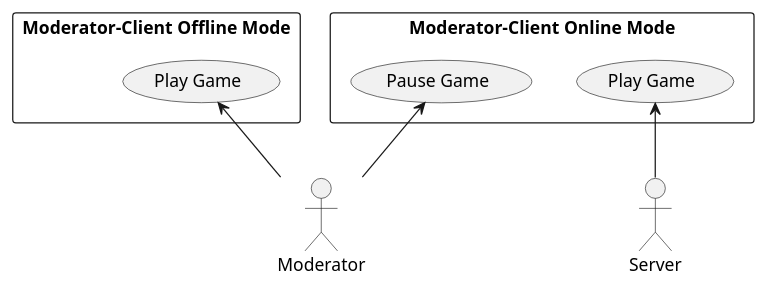
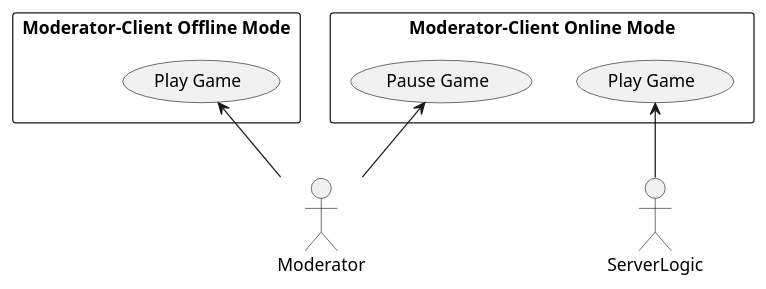
The diagram in Docs/Technical Specifications/docs/diagrams/use-case-diagrams/moderator-client-b.puml (Brotenko/QualityQuest), drawn with PlantUML before and after one commit. The commit also changed 18 other files, not shown here.

```diff
--- a/Docs/Technical Specifications/docs/diagrams/use-case-diagrams/moderator-client-b.puml
+++ b/Docs/Technical Specifications/docs/diagrams/use-case-diagrams/moderator-client-b.puml
@@ -1,20 +1,20 @@
 @startuml
 
-actor "Server" as SC
+actor "ServerLogic" as SC
 actor "Moderator" as P
 
 rectangle "Moderator-Client Online Mode" {
     usecase "Play Game" as md
     usecase "Pause Game" as cp
 } 
 
 rectangle "Moderator-Client Offline Mode" {
     usecase "Play Game" as md2
 }
 
 SC -up-> md
 P -up-> cp
 
 P -up-> md2
 
 @enduml
```
